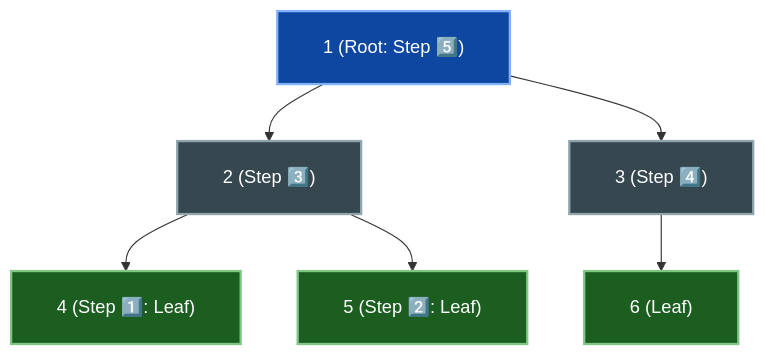
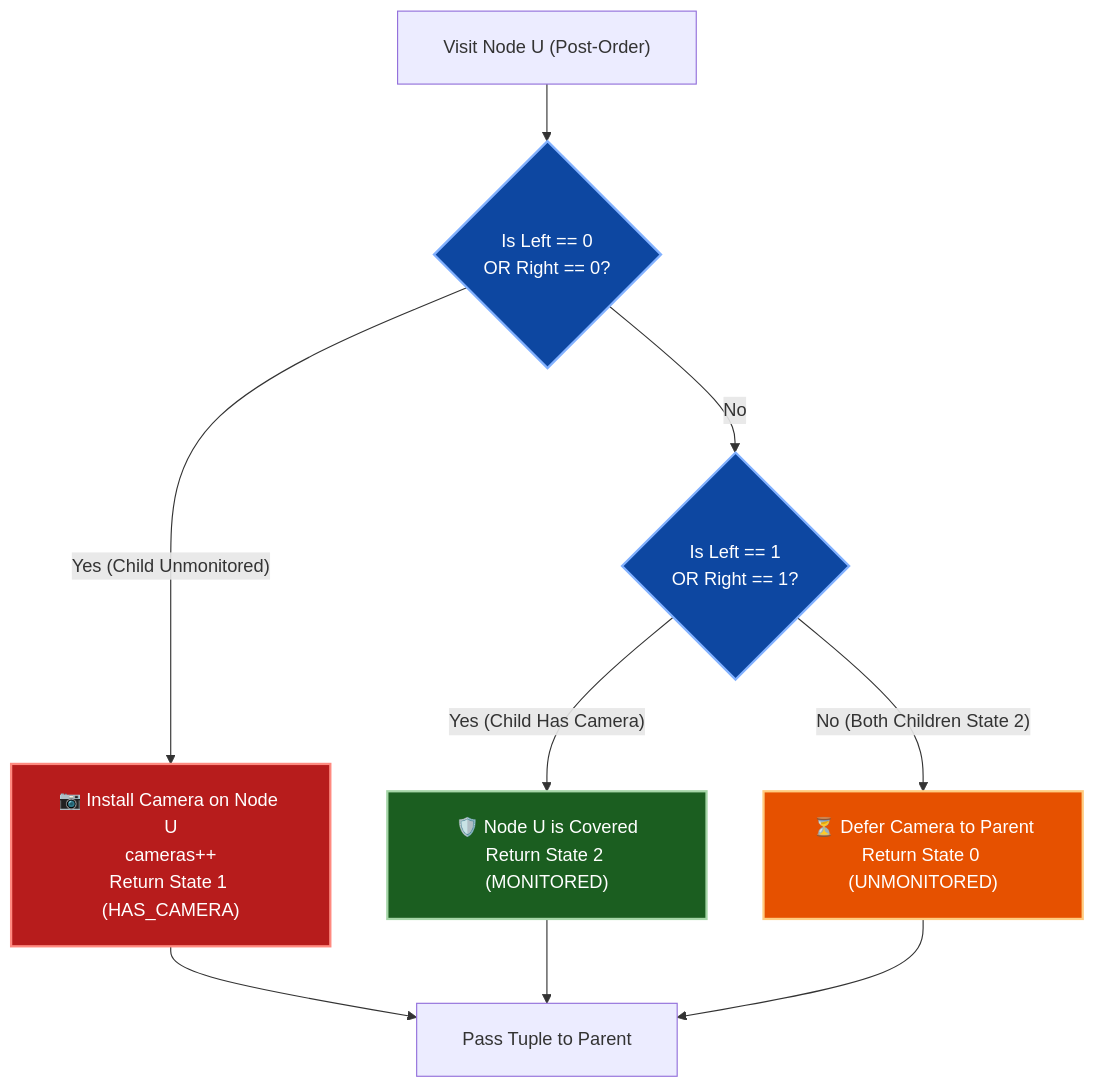
The diagram in week_11_dp_ii_advanced/Week_11_Day_01_DP_on_Trees_Instructional.md (dip4k/DSA_102), drawn with Mermaid before and after one commit. The commit also changed other lines of this file and 147 other files, not shown here.

First line of the commit message:
feat(curriculum): enrich Weeks 01-19 instructional modules & resolve repository-wide Mermaid cutoff

````diff
--- a/week_11_dp_ii_advanced/Week_11_Day_01_DP_on_Trees_Instructional.md
+++ b/week_11_dp_ii_advanced/Week_11_Day_01_DP_on_Trees_Instructional.md
@@ -79,13 +321,27 @@
 ```mermaid
 %%{init: {"flowchart": {"htmlLabels": true, "padding": 20}, "themeCSS": "foreignObject { overflow: visible !important; }"}}%%
 flowchart TD
-    N1["1 (Root: Step 5️⃣)"]:::rootNode --> N2["2 (Step 3️⃣)"]:::internalNode
-    N1 --> N3["3 (Step 4️⃣)"]:::internalNode
-    N2 --> N4["4 (Step 1️⃣: Leaf)"]:::leafNode
-    N2 --> N5["5 (Step 2️⃣: Leaf)"]:::leafNode
-    N3 --> N6["6 (Leaf)"]:::leafNode
+    Start["Visit Node U (Post-Order)"] --> Q1{"Is Left == 0<br/>OR Right == 0?"}
+    
+    Q1 -- "Yes (Child Unmonitored)" --> ActionCam["📷 Install Camera on Node U<br/>cameras++<br/>Return State 1 (HAS_CAMERA)"]
+    
+    Q1 -- "No" --> Q2{"Is Left == 1<br/>OR Right == 1?"}
+    
+    Q2 -- "Yes (Child Has Camera)" --> ActionMon["🛡️ Node U is Covered<br/>Return State 2 (MONITORED)"]
+    
+    Q2 -- "No (Both Children State 2)" --> ActionWait["⏳ Defer Camera to Parent<br/>Return State 0 (UNMONITORED)"]
 
-    classDef rootNode fill:#0d47a1,stroke:#82b1ff,stroke-width:2px,color:#ffffff
-    classDef internalNode fill:#37474f,stroke:#90a4ae,stroke-width:2px,color:#ffffff
-    classDef leafNode fill:#1b5e20,stroke:#81c784,stroke-width:2px,color:#ffffff
+    ActionCam --> EndVisit["Pass Tuple to Parent"]
+    ActionMon --> EndVisit
+    ActionWait --> EndVisit
+
+    classDef decision fill:#0d47a1,stroke:#82b1ff,stroke-width:2px,color:#ffffff
+    classDef camNode fill:#b71c1c,stroke:#ff8a80,stroke-width:2px,color:#ffffff
+    classDef monNode fill:#1b5e20,stroke:#a5d6a7,stroke-width:2px,color:#ffffff
+    classDef waitNode fill:#e65100,stroke:#ffcc80,stroke-width:2px,color:#ffffff
+    
+    class Q1,Q2 decision
+    class ActionCam camNode
+    class ActionMon monNode
+    class ActionWait waitNode
 ```
````
